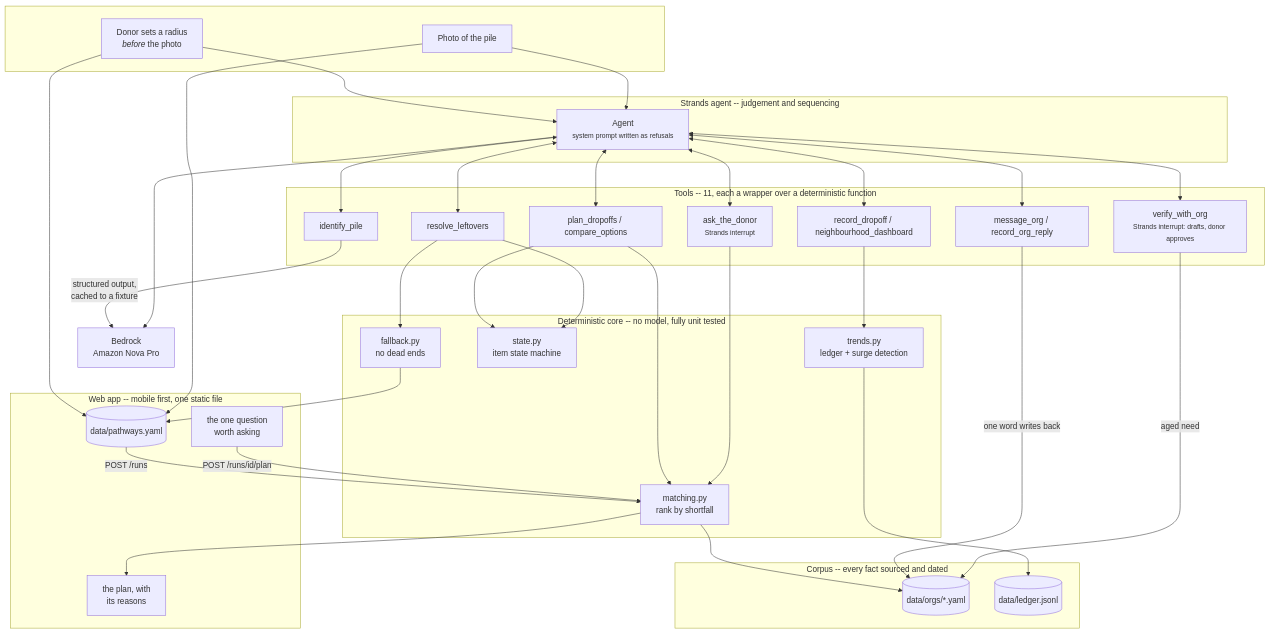
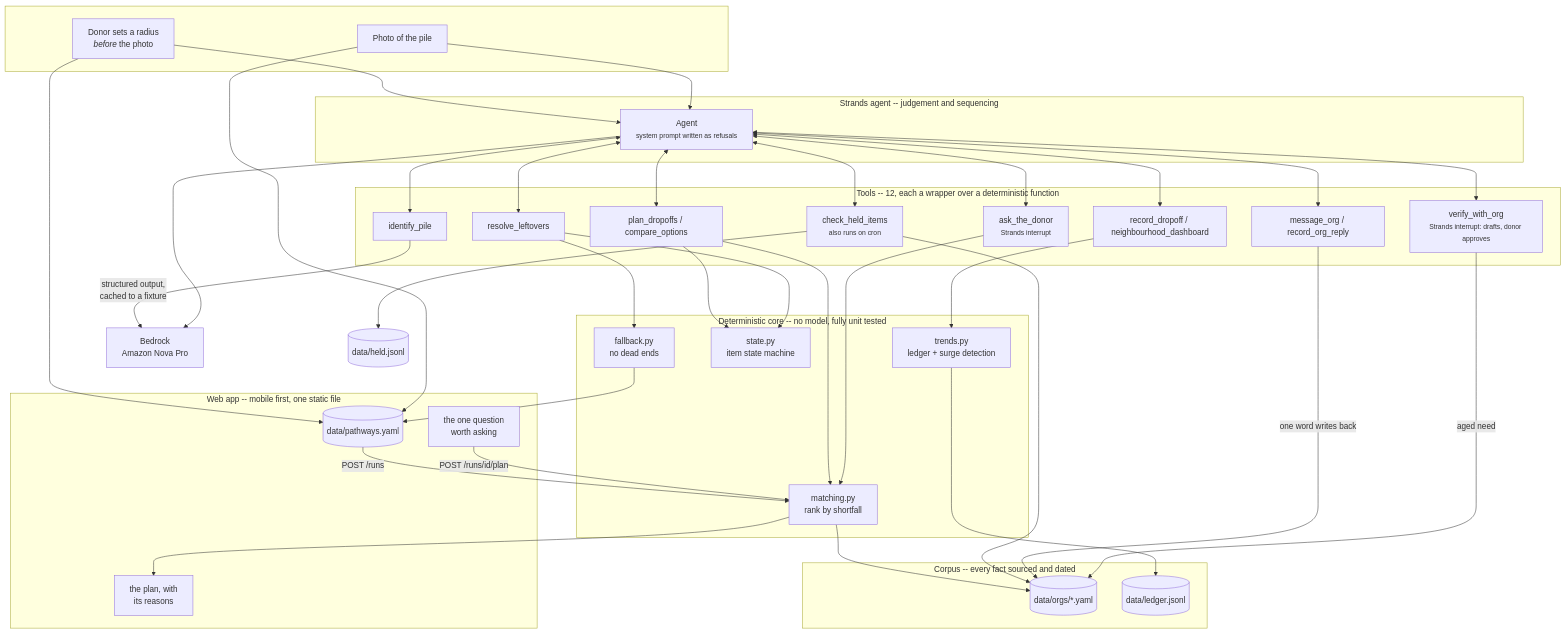
The diagram in README.md (hnawaz2025/giveright), drawn with Mermaid before and after one commit. The commit also changed other lines of this file and 7 other files, not shown here.

````diff
--- a/README.md
+++ b/README.md
@@ -70,63 +85,66 @@
 ```mermaid
 flowchart TB
     subgraph donor[" "]
         R["Donor sets a radius<br/><i>before</i> the photo"]
         P["Photo of the pile"]
     end
 
     subgraph agent["Strands agent -- judgement and sequencing"]
         A["Agent<br/><small>system prompt written as refusals</small>"]
     end
 
     subgraph ui["Web app -- mobile first, one static file"]
         W["photo + radius<br/><small>camera capture</small>"]
         Q["the one question<br/>worth asking"]
         PL["the plan, with<br/>its reasons"]
     end
 
-    subgraph tools["Tools -- 11, each a wrapper over a deterministic function"]
+    subgraph tools["Tools -- 12, each a wrapper over a deterministic function"]
         T1["identify_pile"]
         T2["ask_the_donor<br/><small>Strands interrupt</small>"]
         T3["plan_dropoffs / compare_options"]
         T4["resolve_leftovers"]
+        T8["check_held_items<br/><small>also runs on cron</small>"]
         T5["message_org / record_org_reply"]
         T6["verify_with_org<br/><small>Strands interrupt: drafts, donor approves</small>"]
         T7["record_dropoff / neighbourhood_dashboard"]
     end
 
     subgraph core["Deterministic core -- no model, fully unit tested"]
         M["matching.py<br/>rank by shortfall"]
         F["fallback.py<br/>no dead ends"]
         S["state.py<br/>item state machine"]
         G["trends.py<br/>ledger + surge detection"]
     end
 
     subgraph data["Corpus -- every fact sourced and dated"]
         O[("data/orgs/*.yaml")]
         W[("data/pathways.yaml")]
         L[("data/ledger.jsonl")]
     end
 
     V["Bedrock<br/>Amazon Nova Pro"]
 
     R --> W
     P --> W
     W -->|"POST /runs"| M
     Q -->|"POST /runs/id/plan"| M
     M --> PL
     R --> A
     P --> A
-    A <--> T1 & T2 & T3 & T4 & T5 & T6 & T7
+    A <--> T1 & T2 & T3 & T4 & T5 & T6 & T7 & T8
     T1 -->|"structured output,<br/>cached to a fixture"| V
     A --> V
     T3 --> M
     T4 --> F
     T2 --> M
     T3 & T4 --> S
     T7 --> G
     M --> O
     F --> W
     G --> L
+    T8 --> H[("data/held.jsonl")]
+    T8 --> O
     T5 -->|"one word writes back"| O
     T6 -->|"aged need"| O
 ```
````
